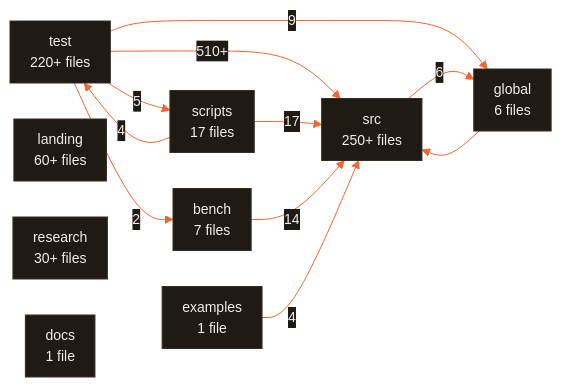
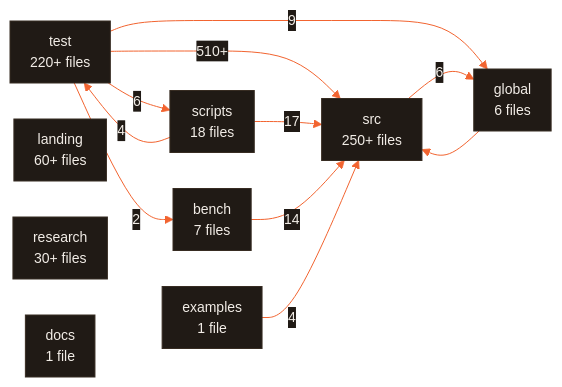
The diagram in ARCHITECTURE.md (CodeWithJuber/forgekit), drawn with Mermaid before and after one commit. The commit also changed 6 other files, not shown here.

````diff
--- a/ARCHITECTURE.md
+++ b/ARCHITECTURE.md
@@ -680,23 +680,23 @@
 ```mermaid
 %%{init: {'theme':'base','themeVariables':{'primaryColor':'#201a15','primaryTextColor':'#f2ede7','primaryBorderColor':'#372c22','lineColor':'#f26430','secondaryColor':'#272019','tertiaryColor':'#171310','edgeLabelBackground':'#201a15','clusterBkg':'#171310','clusterBorder':'#4a3b2e','fontFamily':'ui-sans-serif, system-ui, sans-serif','fontSize':'14px'},'flowchart':{'curve':'basis','padding':10,'nodeSpacing':36,'rankSpacing':44}}}%%
 flowchart LR
   src["src<br/>250+ files"]
   test["test<br/>220+ files"]
   landing["landing<br/>60+ files"]
   research["research<br/>30+ files"]
-  scripts["scripts<br/>17 files"]
+  scripts["scripts<br/>18 files"]
   bench["bench<br/>7 files"]
   global["global<br/>6 files"]
   docs["docs<br/>1 file"]
   examples["examples<br/>1 file"]
   test -- 510+ --> src
   scripts -- 17 --> src
   bench -- 14 --> src
   test -- 9 --> global
   src -- 6 --> global
-  test -- 5 --> scripts
+  test -- 6 --> scripts
   examples -- 4 --> src
   scripts -- 4 --> test
   test -- 2 --> bench
   global --> src
 ```
````
